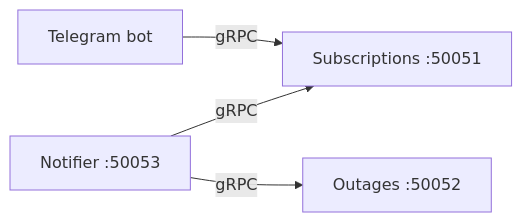
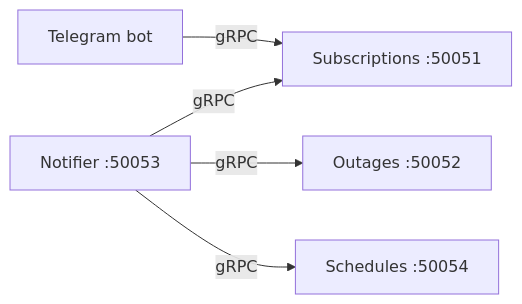
Before and after one commit to sl4wa/outages-bot-go-gprc: the diagram in README.md, drawn with Mermaid. The commit also changed other lines of this file and 21 other files, not shown here.

Commit message:
Add schedule broadcasts as a schedules gRPC service

````diff
--- a/README.md
+++ b/README.md
@@ -6,6 +6,7 @@
 ```mermaid
 flowchart LR
     Bot["Telegram bot"] -->|gRPC| Subscriptions["Subscriptions :50051"]
     Notifier["Notifier :50053"] -->|gRPC| Subscriptions
     Notifier -->|gRPC| Outages["Outages :50052"]
+    Notifier -->|gRPC| Schedules["Schedules :50054"]
 ```
````
